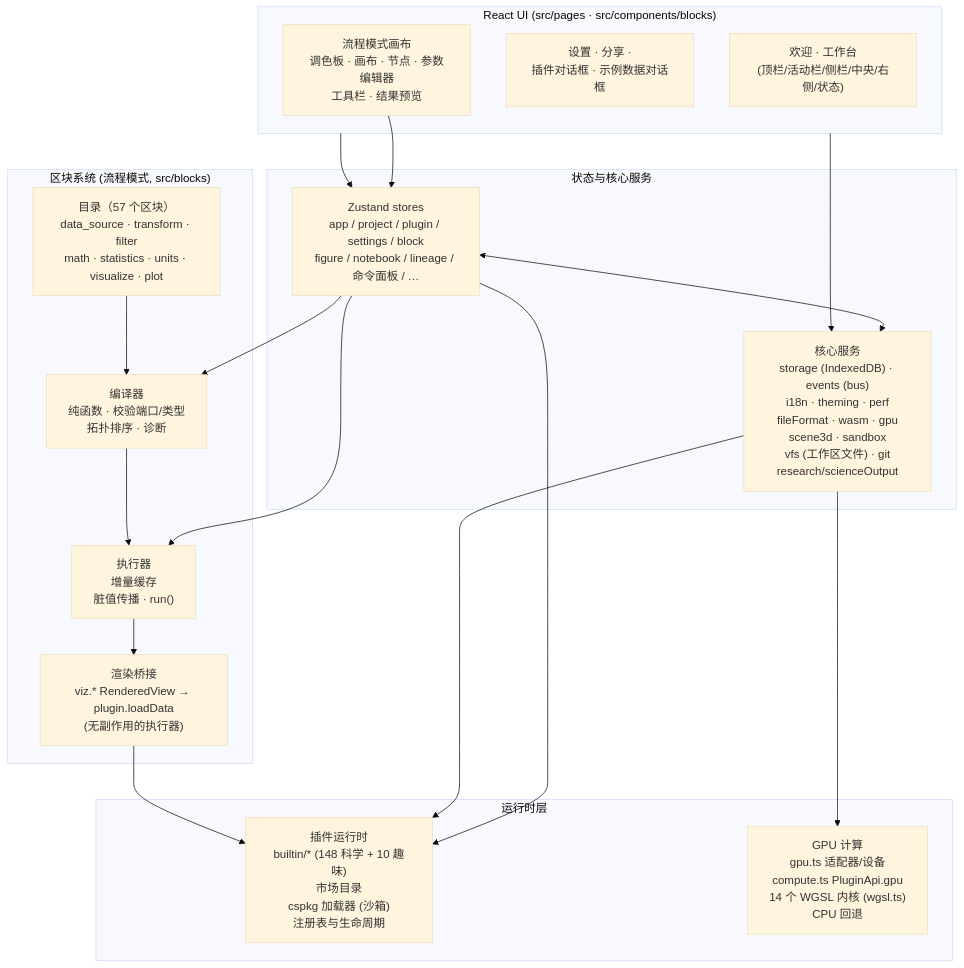
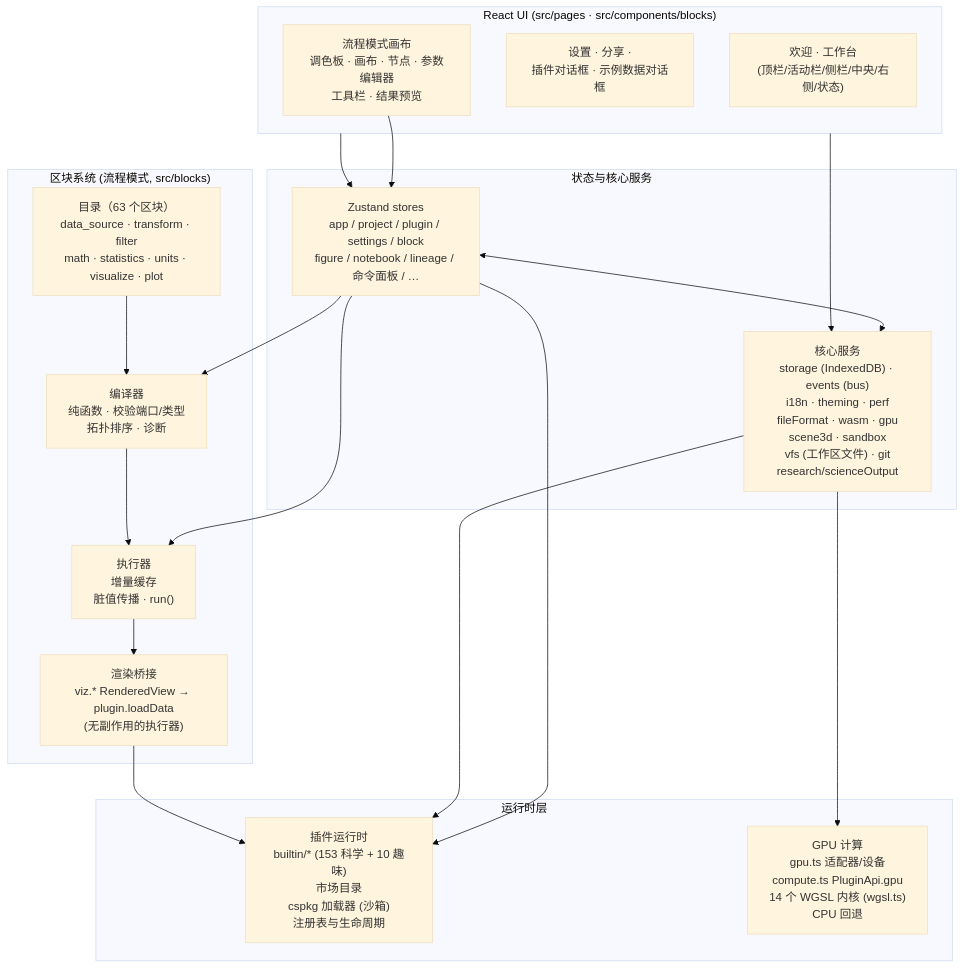
Before and after one commit to SnowLeopard-io/ErgalicsStudio: the diagram in README.zh-CN.md, drawn with Mermaid (base theme). The commit also changed other lines of this file and 12 other files, not shown here.

````diff
--- a/README.zh-CN.md
+++ b/README.zh-CN.md
@@ -182,39 +182,39 @@
 ```mermaid
 flowchart TB
     subgraph UI["React UI (src/pages · src/components/blocks)"]
         A1["欢迎 · 工作台<br/>(顶栏/活动栏/侧栏/中央/右侧/状态)"]
         A2["设置 · 分享 ·<br/>插件对话框 · 示例数据对话框"]
         A3["流程模式画布<br/>调色板 · 画布 · 节点 · 参数编辑器<br/>工具栏 · 结果预览"]
     end
 
     subgraph State["状态与核心服务"]
         B1["Zustand stores<br/>app / project / plugin / settings / block<br/>figure / notebook / lineage / 命令面板 / …"]
         B2["核心服务<br/>storage (IndexedDB) · events (bus)<br/>i18n · theming · perf<br/>fileFormat · wasm · gpu<br/>scene3d · sandbox<br/>vfs (工作区文件) · git<br/>research/scienceOutput"]
     end
 
     subgraph Blocks["区块系统 (流程模式, src/blocks)"]
-        D1["目录（57 个区块）<br/>data_source · transform · filter<br/>math · statistics · units · visualize · plot"]
+        D1["目录（63 个区块）<br/>data_source · transform · filter<br/>math · statistics · units · visualize · plot"]
         D2["编译器<br/>纯函数 · 校验端口/类型<br/>拓扑排序 · 诊断"]
         D3["执行器<br/>增量缓存<br/>脏值传播 · run()"]
         D4["渲染桥接<br/>viz.* RenderedView → plugin.loadData<br/>(无副作用的执行器)"]
     end
 
     subgraph Runtime["运行时层"]
-        C1["插件运行时<br/>builtin/* (148 科学 + 10 趣味)<br/>市场目录<br/>cspkg 加载器 (沙箱)<br/>注册表与生命周期"]
+        C1["插件运行时<br/>builtin/* (153 科学 + 10 趣味)<br/>市场目录<br/>cspkg 加载器 (沙箱)<br/>注册表与生命周期"]
         C2["GPU 计算<br/>gpu.ts 适配器/设备<br/>compute.ts PluginApi.gpu<br/>14 个 WGSL 内核 (wgsl.ts)<br/>CPU 回退"]
     end
 
     UI --> B1
     UI --> B2
     B1 <--> B2
     B1 --> C1
     B2 --> C1
     B2 --> C2
     A3 --> B1
     B1 --> D2
     B1 --> D3
     D2 --> D3
     D1 --> D2
     D3 --> D4
     D4 --> C1
 ```
````
